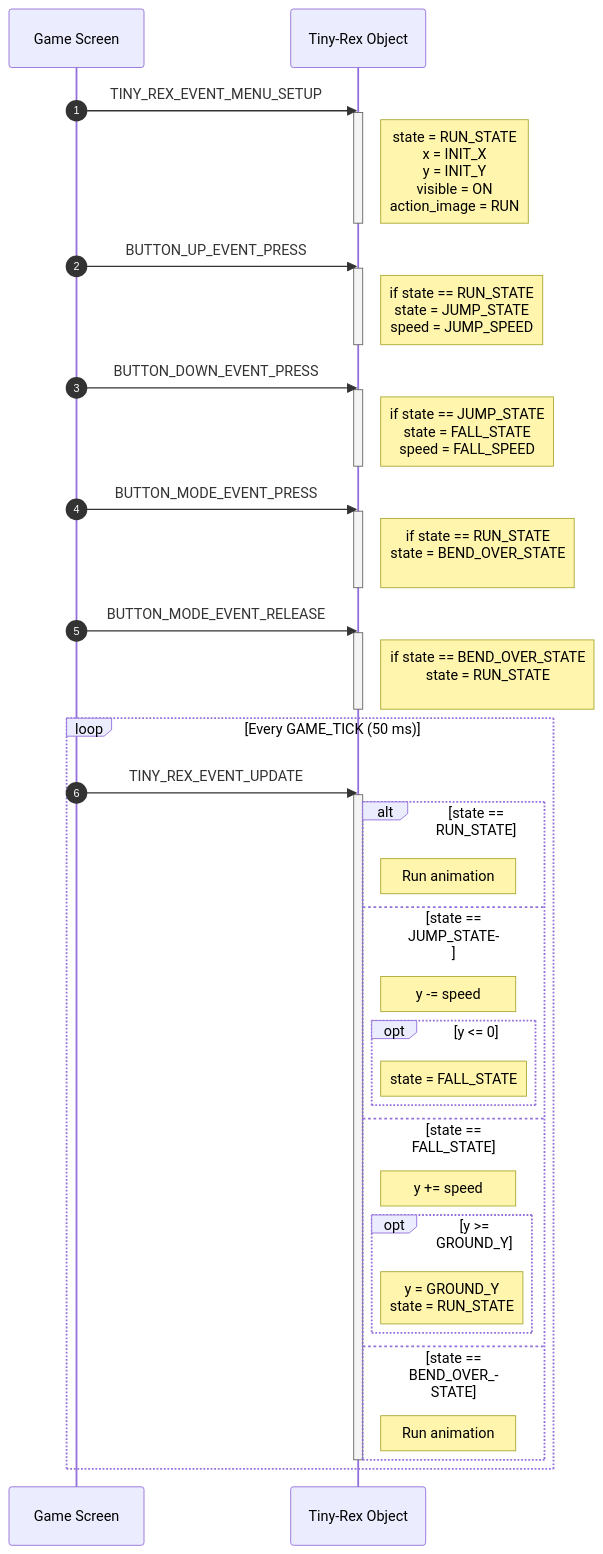
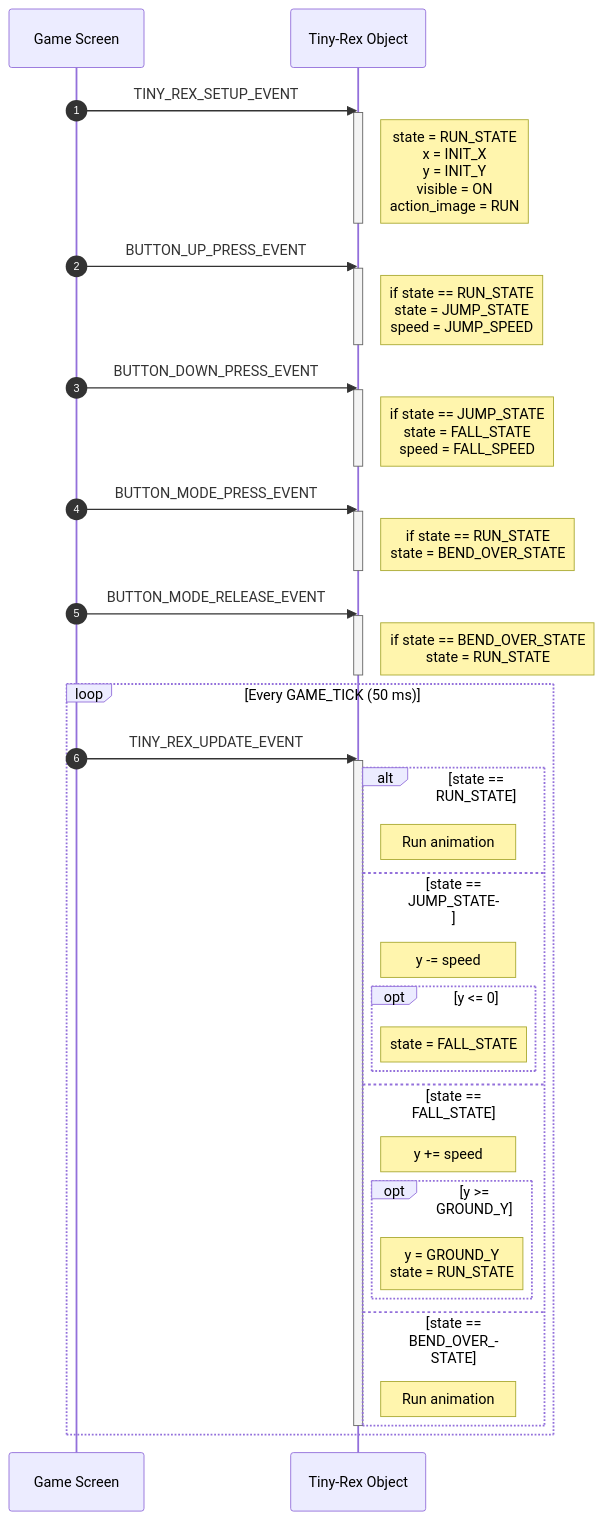
The second of 2 diagrams in README.md (truongvanvuembedded/Tiny-Rex), drawn with Mermaid before and after one commit. The commit also changed other lines of this file and 6 other files, not shown here.

Commit message:
refactor(events): Update Tiny rex object follow new design.

````diff
--- a/README.md
+++ b/README.md
@@ -205,76 +203,76 @@
 ```mermaid
 sequenceDiagram
     autonumber
 
     participant Scr as Game Screen
     participant Rex as Tiny-Rex Object
 
     %%========================
     %% Setup
     %%========================
-    Scr->>Rex: TINY_REX_EVENT_MENU_SETUP
+    Scr->>Rex: TINY_REX_SETUP_EVENT
     activate Rex
     Note right of Rex: state = RUN_STATE<br/>x = INIT_X<br/>y = INIT_Y<br/>visible = ON<br/>action_image = RUN
     deactivate Rex
 
     %%========================
     %% Up Button
     %%========================
-    Scr->>Rex: BUTTON_UP_EVENT_PRESS
+    Scr->>Rex: BUTTON_UP_PRESS_EVENT
     activate Rex
     Note right of Rex: if state == RUN_STATE<br/>state = JUMP_STATE<br/>speed = JUMP_SPEED
     deactivate Rex
 
     %%========================
     %% Down Button
     %%========================
-    Scr->>Rex: BUTTON_DOWN_EVENT_PRESS
+    Scr->>Rex: BUTTON_DOWN_PRESS_EVENT
     activate Rex
     Note right of Rex: if state == JUMP_STATE<br/>state = FALL_STATE<br/>speed = FALL_SPEED
     deactivate Rex
 
     %%========================
     %% Mode Button
     %%========================
-    Scr->>Rex: BUTTON_MODE_EVENT_PRESS
+    Scr->>Rex: BUTTON_MODE_PRESS_EVENT
     activate Rex
-    Note right of Rex: if state == RUN_STATE<br/>state = BEND_OVER_STATE<br/>
+    Note right of Rex: if state == RUN_STATE<br/>state = BEND_OVER_STATE
     deactivate Rex
 
     %%========================
     %% Release Button
     %%========================
-    Scr->>Rex: BUTTON_MODE_EVENT_RELEASE
+    Scr->>Rex: BUTTON_MODE_RELEASE_EVENT
     activate Rex
-    Note right of Rex: if state == BEND_OVER_STATE<br/>state = RUN_STATE<br/>
+    Note right of Rex: if state == BEND_OVER_STATE<br/>state = RUN_STATE
     deactivate Rex
 
     %%========================
     %% Game Tick
     %%========================
     loop Every GAME_TICK (50 ms)
 
-        Scr->>Rex: TINY_REX_EVENT_UPDATE
+        Scr->>Rex: TINY_REX_UPDATE_EVENT
 
         activate Rex
 
         alt state == RUN_STATE
             Note right of Rex: Run animation
         else state == JUMP_STATE
             Note right of Rex: y -= speed
             opt y <= 0
                 Note right of Rex: state = FALL_STATE
             end
         else state == FALL_STATE
             Note right of Rex: y += speed
             opt y >= GROUND_Y
                 Note right of Rex: y = GROUND_Y<br/>state = RUN_STATE
             end
         else state == BEND_OVER_STATE
             Note right of Rex: Run animation
         end
 
         deactivate Rex
 
     end
 ```
````
